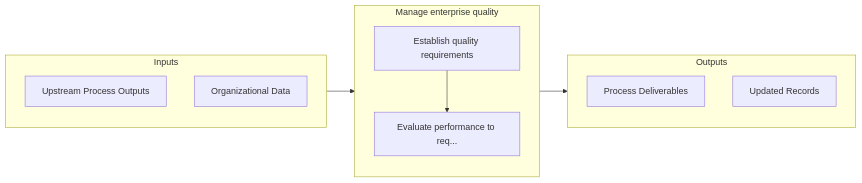
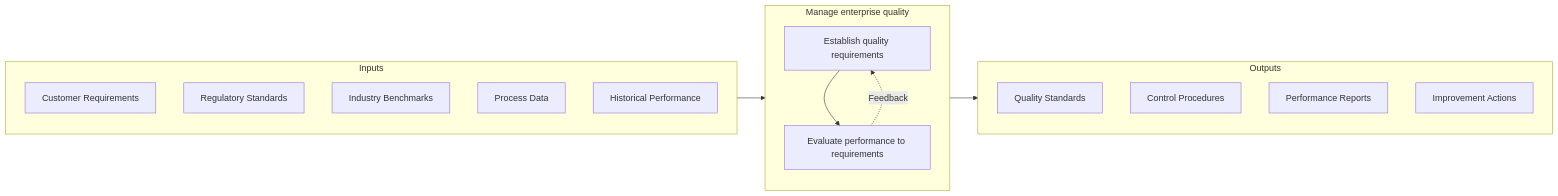
Before and after one commit to kziemski/business.org.ai: the second of 3 diagrams in processes/13-Capabilities/13.3-ManageEnterpriseQuality/index.mdx, drawn with Mermaid. The commit also changed other lines of this file and 885 other files, not shown here.

````diff
--- a/processes/13-Capabilities/13.3-ManageEnterpriseQuality/index.mdx
+++ b/processes/13-Capabilities/13.3-ManageEnterpriseQuality/index.mdx
@@ -59,20 +61,26 @@
 ```mermaid
 flowchart LR
     subgraph Inputs["Inputs"]
-        I1["Upstream Process Outputs"]
-        I2["Organizational Data"]
+        I1["Customer Requirements"]
+        I2["Regulatory Standards"]
+        I3["Industry Benchmarks"]
+        I4["Process Data"]
+        I5["Historical Performance"]
     end
 
     subgraph Process["Manage enterprise quality"]
         S1["Establish quality requirements"]
-        S2["Evaluate performance to req..."]
+        S2["Evaluate performance to requirements"]
     end
 
     subgraph Outputs["Outputs"]
-        O1["Process Deliverables"]
-        O2["Updated Records"]
+        O1["Quality Standards"]
+        O2["Control Procedures"]
+        O3["Performance Reports"]
+        O4["Improvement Actions"]
     end
 
     Inputs --> Process --> Outputs
     S1 --> S2
+    S2 -.->|Feedback| S1
 ```
````
